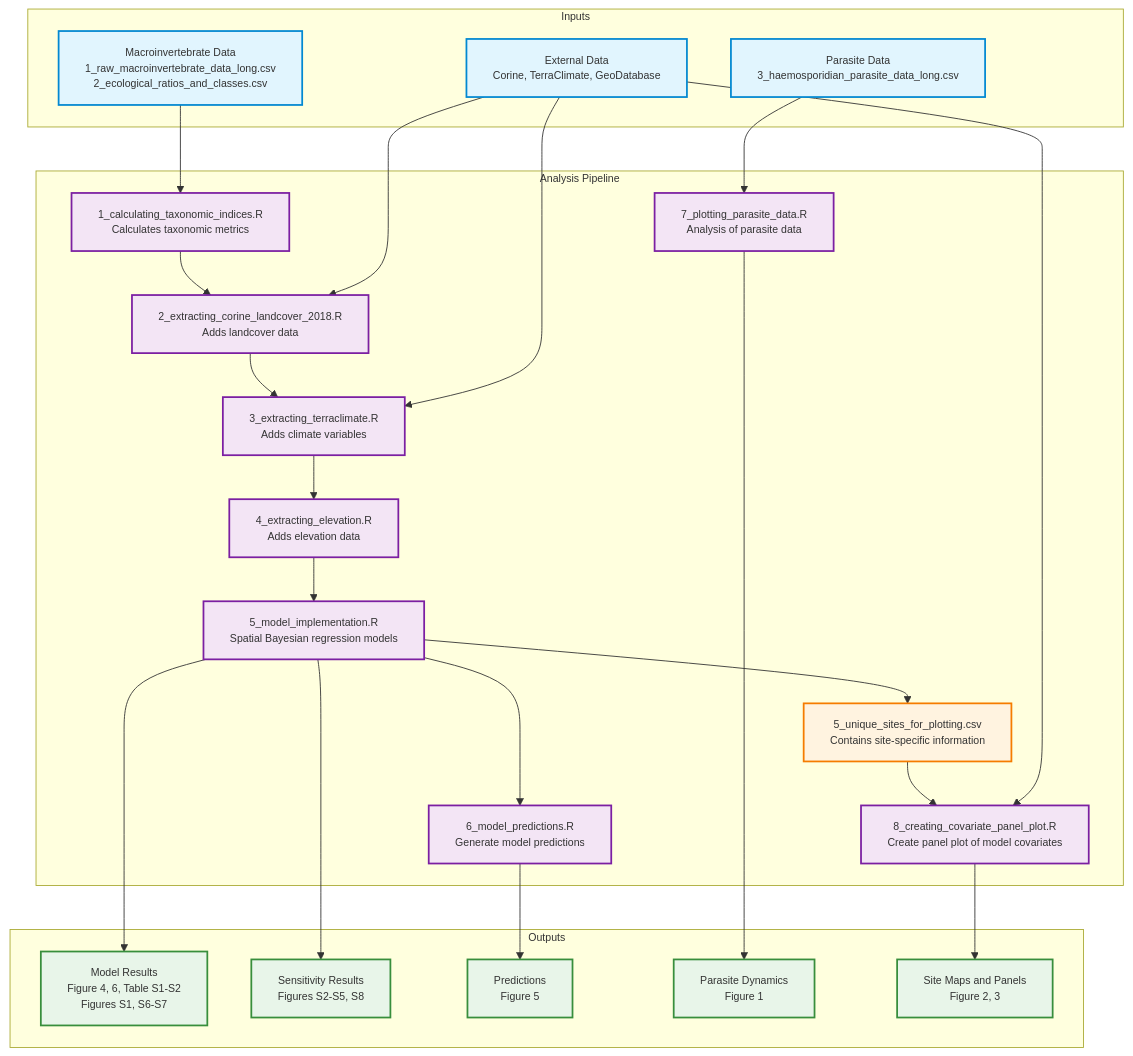
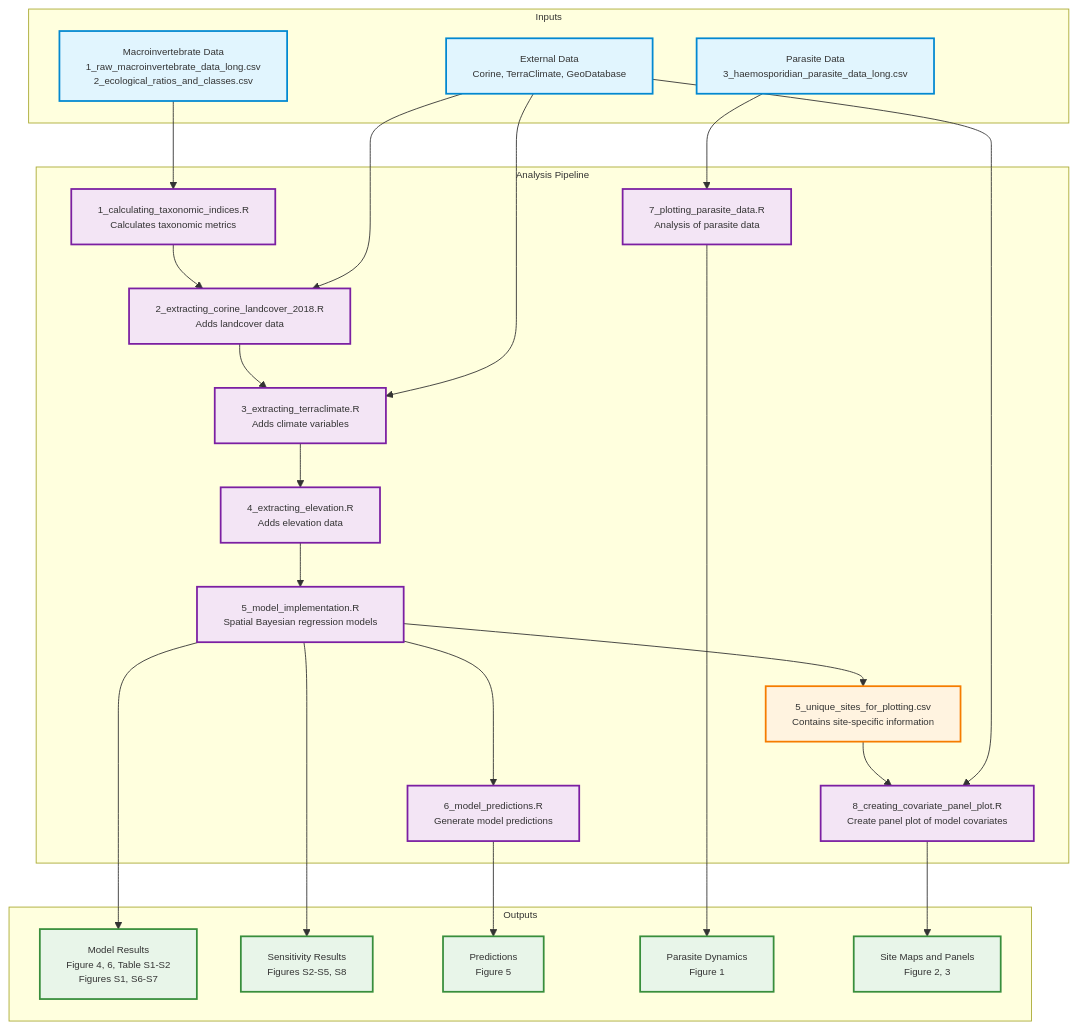
One commit to HeeeyNathan/Predicting_vector_abundance_in_Lithuania changed the diagram in README.md. Above: the diagram before and after it, drawn with Mermaid.

Commit message:
more text adjustments

````diff
--- a/README.md
+++ b/README.md
@@ -151,44 +151,44 @@
 ```mermaid
-%%{init: {'themeVariables': { 'fontSize': '12px'}}}%%
-%%{init: {'themeVariables': { 'nodePadding': 12}}}%%
+%%{init: {'themeVariables': { 'fontSize': '11px'}}}%%
+%%{init: {'themeVariables': { 'nodePadding': 14}}}%%
 graph TD
     subgraph Inputs
         R["Macroinvertebrate Data<br/>1_raw_macroinvertebrate_data_long.csv<br/>2_ecological_ratios_and_classes.csv"]
         P["Parasite Data<br/>3_haemosporidian_parasite_data_long.csv"]
         E["External Data<br/>Corine, TerraClimate, GeoDatabase"]
     end
     
     subgraph Analysis Pipeline
         R --> S1["1_calculating_taxonomic_indices.R<br/>Calculates taxonomic metrics"]
         S1 --> S2["2_extracting_corine_landcover_2018.R<br/>Adds landcover data"]
         E --> S2
         S2 --> S3["3_extracting_terraclimate.R<br/>Adds climate variables"]
         E --> S3
         S3 --> S4["4_extracting_elevation.R<br/>Adds elevation data"]
         S4 --> S5["5_model_implementation.R<br/>Spatial Bayesian regression models"]
         S5 --> S6["6_model_predictions.R<br/>Generate model predictions"]
         S5 --> Sites["5_unique_sites_for_plotting.csv<br/>Contains site-specific information"]
         Sites --> S8["8_creating_covariate_panel_plot.R<br/>Create panel plot of model covariates"]
         E --> S8
         P --> S7["7_plotting_parasite_data.R<br/>Analysis of parasite data"]
     end
     
     subgraph Outputs
         S5 --> O1["Model Results<br/>Figure 4, 6, Table S1-S2<br/>Figures S1, S6-S7"]
         S5 --> O2["Sensitivity Results<br/>Figures S2-S5, S8"]
         S6 --> O3["Predictions<br/>Figure 5"]
         S7 --> O4["Parasite Dynamics<br/>Figure 1"]
         S8 --> O5["Site Maps and Panels<br/>Figure 2, 3"]
     end
     
     %% Styling
     classDef input fill:#e1f5fe,stroke:#0288d1,stroke-width:2px;
     classDef script fill:#f3e5f5,stroke:#7b1fa2,stroke-width:2px;
     classDef output fill:#e8f5e9,stroke:#388e3c,stroke-width:2px;
     classDef intermediate fill:#fff3e0,stroke:#f57c00,stroke-width:2px;
     
     class R,P,E input;
     class S1,S2,S3,S4,S5,S6,S7,S8 script;
     class O1,O2,O3,O4,O5 output;
     class Sites intermediate;
 ```
````
